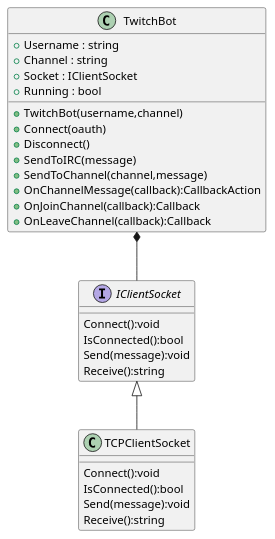
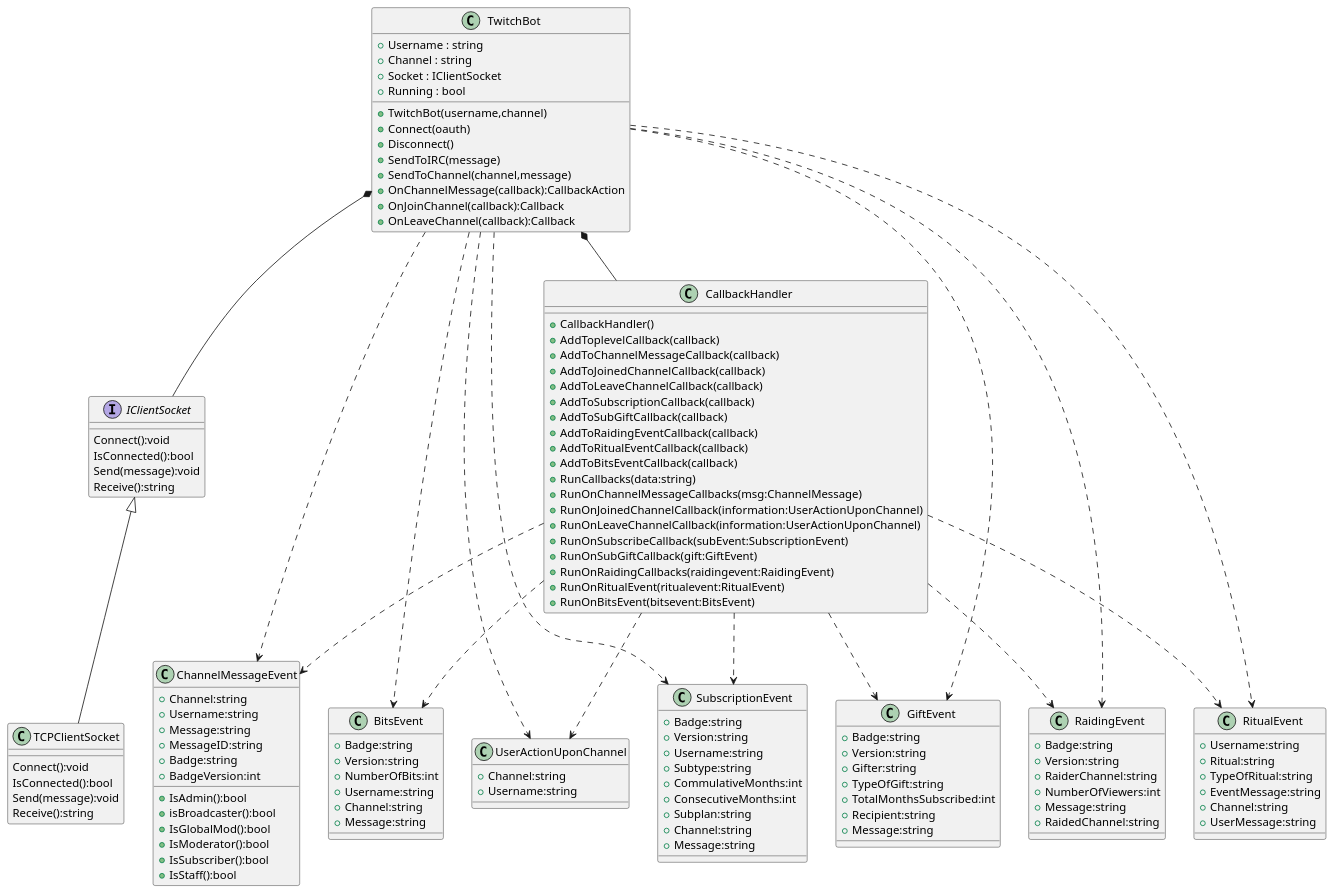
One commit to raulcorreia7/pecobot changed the diagram in class.puml. Above: the diagram before and after it, drawn with PlantUML. The commit also changed 2 other files, not shown here.

```diff
--- a/class.puml
+++ b/class.puml
@@ -1,34 +1,139 @@
-@startuml
+@startuml MightyPecoBot
 
 class TwitchBot {
-+ Username : string
-+ Channel : string
-+ Socket : IClientSocket
-+ Running : bool
-  
-+TwitchBot(username,channel)
-+Connect(oauth)
-+Disconnect()
-+SendToIRC(message)
-+SendToChannel(channel,message)
-+OnChannelMessage(callback):CallbackAction
-+OnJoinChannel(callback):Callback
-+OnLeaveChannel(callback):Callback
+    + Username : string
+    + Channel : string
+    + Socket : IClientSocket
+    + Running : bool
+    +TwitchBot(username,channel)
+    +Connect(oauth)
+    +Disconnect()
+    +SendToIRC(message)
+    +SendToChannel(channel,message)
+    +OnChannelMessage(callback):CallbackAction
+    +OnJoinChannel(callback):Callback
+    +OnLeaveChannel(callback):Callback
 }
 
 interface IClientSocket {
-Connect():void
-IsConnected():bool
-Send(message):void
-Receive():string
+    Connect():void
+    IsConnected():bool
+    Send(message):void
+    Receive():string
 }
 
 class TCPClientSocket extends IClientSocket {
-Connect():void
-IsConnected():bool
-Send(message):void
-Receive():string
+    Connect():void
+    IsConnected():bool
+    Send(message):void
+    Receive():string
 }
 
+class CallbackHandler {
+    +CallbackHandler()
+    +AddToplevelCallback(callback)
+    +AddToChannelMessageCallback(callback)
+    +AddToJoinedChannelCallback(callback)
+    +AddToLeaveChannelCallback(callback)
+    +AddToSubscriptionCallback(callback)
+    +AddToSubGiftCallback(callback)
+    +AddToRaidingEventCallback(callback)
+    +AddToRitualEventCallback(callback)
+    +AddToBitsEventCallback(callback)
+    +RunCallbacks(data:string)
+    +RunOnChannelMessageCallbacks(msg:ChannelMessage)
+    +RunOnJoinedChannelCallback(information:UserActionUponChannel)
+    +RunOnLeaveChannelCallback(information:UserActionUponChannel)
+    +RunOnSubscribeCallback(subEvent:SubscriptionEvent)
+    +RunOnSubGiftCallback(gift:GiftEvent)
+    +RunOnRaidingCallbacks(raidingevent:RaidingEvent)
+    +RunOnRitualEvent(ritualevent:RitualEvent)
+    +RunOnBitsEvent(bitsevent:BitsEvent)
+
+}
+class ChannelMessageEvent {
+    +Channel:string
+    +Username:string
+    +Message:string
+    +MessageID:string
+    +Badge:string
+    +BadgeVersion:int
+
+    +IsAdmin():bool
+    +isBroadcaster():bool
+    +IsGlobalMod():bool
+    +IsModerator():bool
+    +IsSubscriber():bool
+    +IsStaff():bool
+}
+
+class BitsEvent {
+    +Badge:string
+    +Version:string
+    +NumberOfBits:int
+    +Username:string
+    +Channel:string
+    +Message:string
+}
+
+class UserActionUponChannel{
+    +Channel:string
+    +Username:string
+}
+
+class SubscriptionEvent{
+    +Badge:string
+    +Version:string
+    +Username:string
+    +Subtype:string
+    +CommulativeMonths:int
+    +ConsecutiveMonths:int
+    +Subplan:string
+    +Channel:string
+    +Message:string
+}
+
+class GiftEvent{
+    +Badge:string
+    +Version:string
+    +Gifter:string
+    +TypeOfGift:string
+    +TotalMonthsSubscribed:int
+    +Recipient:string
+    +Message:string
+}
+
+class RaidingEvent{
+    +Badge:string
+    +Version:string
+    +RaiderChannel:string
+    +NumberOfViewers:int
+    +Message:string
+    +RaidedChannel:string
+}
+
+class RitualEvent{
+    +Username:string
+    +Ritual:string
+    +TypeOfRitual:string
+    +EventMessage:string
+    +Channel:string
+    +UserMessage:string
+}
 TwitchBot *-- IClientSocket
+TwitchBot *-- CallbackHandler
+TwitchBot ..> ChannelMessageEvent
+CallbackHandler ..> ChannelMessageEvent
+TwitchBot ..> BitsEvent
+CallbackHandler ..> BitsEvent
+TwitchBot ..> UserActionUponChannel
+CallbackHandler ..> UserActionUponChannel
+TwitchBot ..> SubscriptionEvent
+CallbackHandler ..> SubscriptionEvent
+TwitchBot ..> GiftEvent
+CallbackHandler ..> GiftEvent
+TwitchBot ..> RaidingEvent
+CallbackHandler ..> RaidingEvent
+TwitchBot ..> RitualEvent
+CallbackHandler ..> RitualEvent
 @enduml
```
